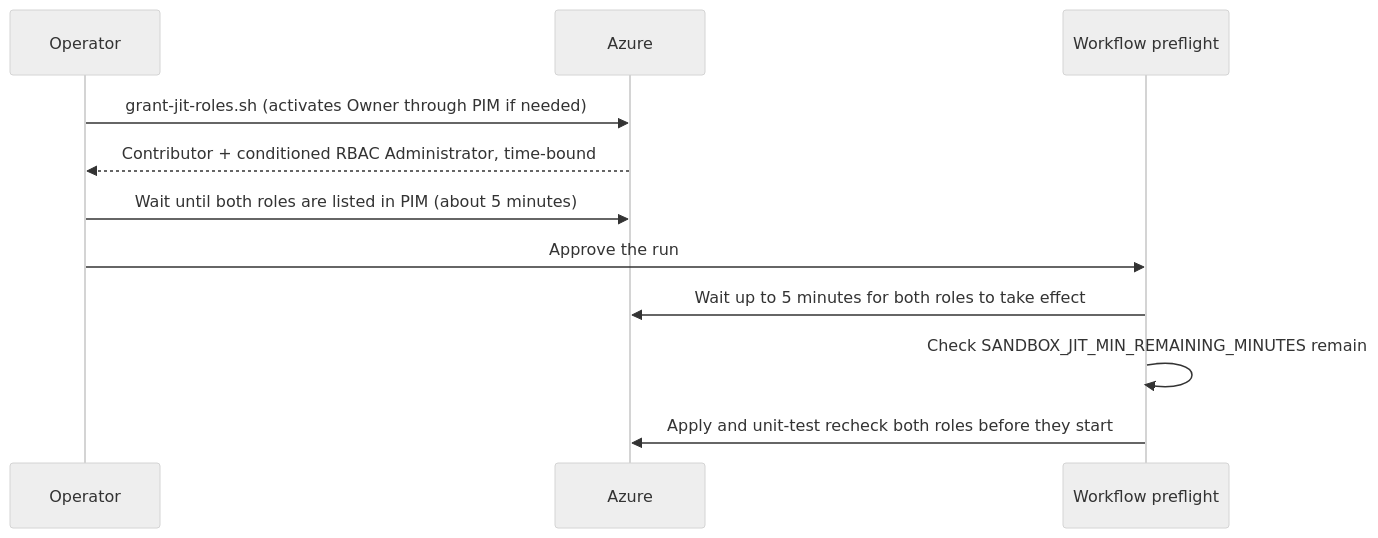
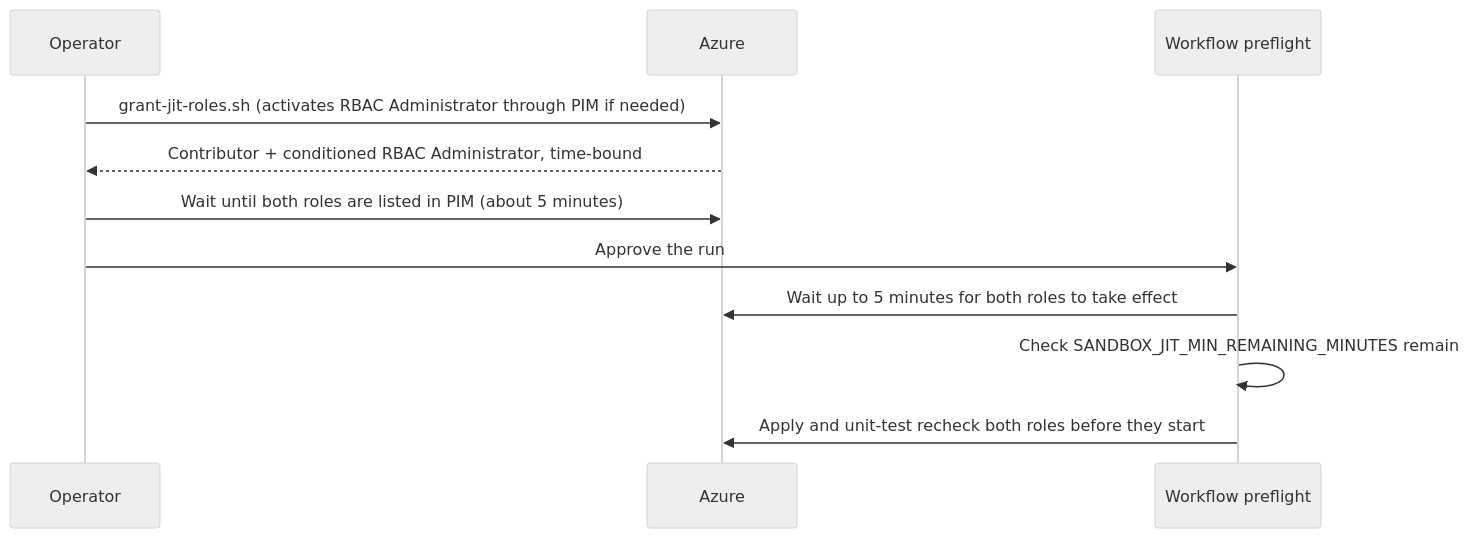
The second of 3 diagrams in extras/configurations/rg-devops-iac/README.md (Azure-Samples/azuresandbox), drawn with Mermaid (neutral theme) before and after one commit. The commit also changed other lines of this file and 1 other file, not shown here.

First line of the commit message:
grant-jit-roles.sh: activate Role Based Access Control Administrator instead of Owner

````diff
--- a/extras/configurations/rg-devops-iac/README.md
+++ b/extras/configurations/rg-devops-iac/README.md
@@ -781,13 +782,13 @@
 ```mermaid
 sequenceDiagram
     participant Op as Operator
     participant Az as Azure
     participant Wf as Workflow preflight
-    Op->>Az: grant-jit-roles.sh (activates Owner through PIM if needed)
+    Op->>Az: grant-jit-roles.sh (activates RBAC Administrator through PIM if needed)
     Az-->>Op: Contributor + conditioned RBAC Administrator, time-bound
     Op->>Az: Wait until both roles are listed in PIM (about 5 minutes)
     Op->>Wf: Approve the run
     Wf->>Az: Wait up to 5 minutes for both roles to take effect
     Wf->>Wf: Check SANDBOX_JIT_MIN_REMAINING_MINUTES remain
     Wf->>Az: Apply and unit-test recheck both roles before they start
 ```
````
